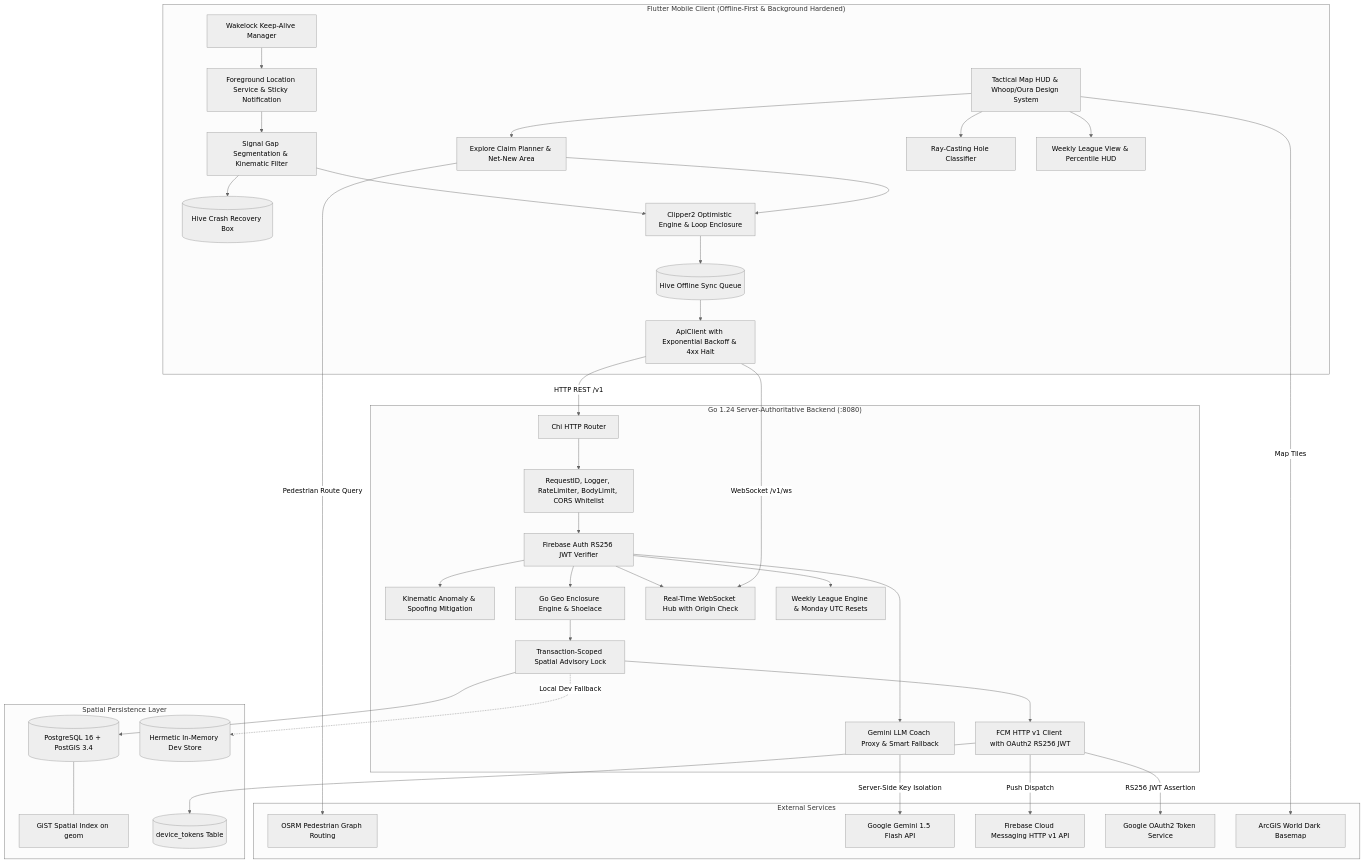
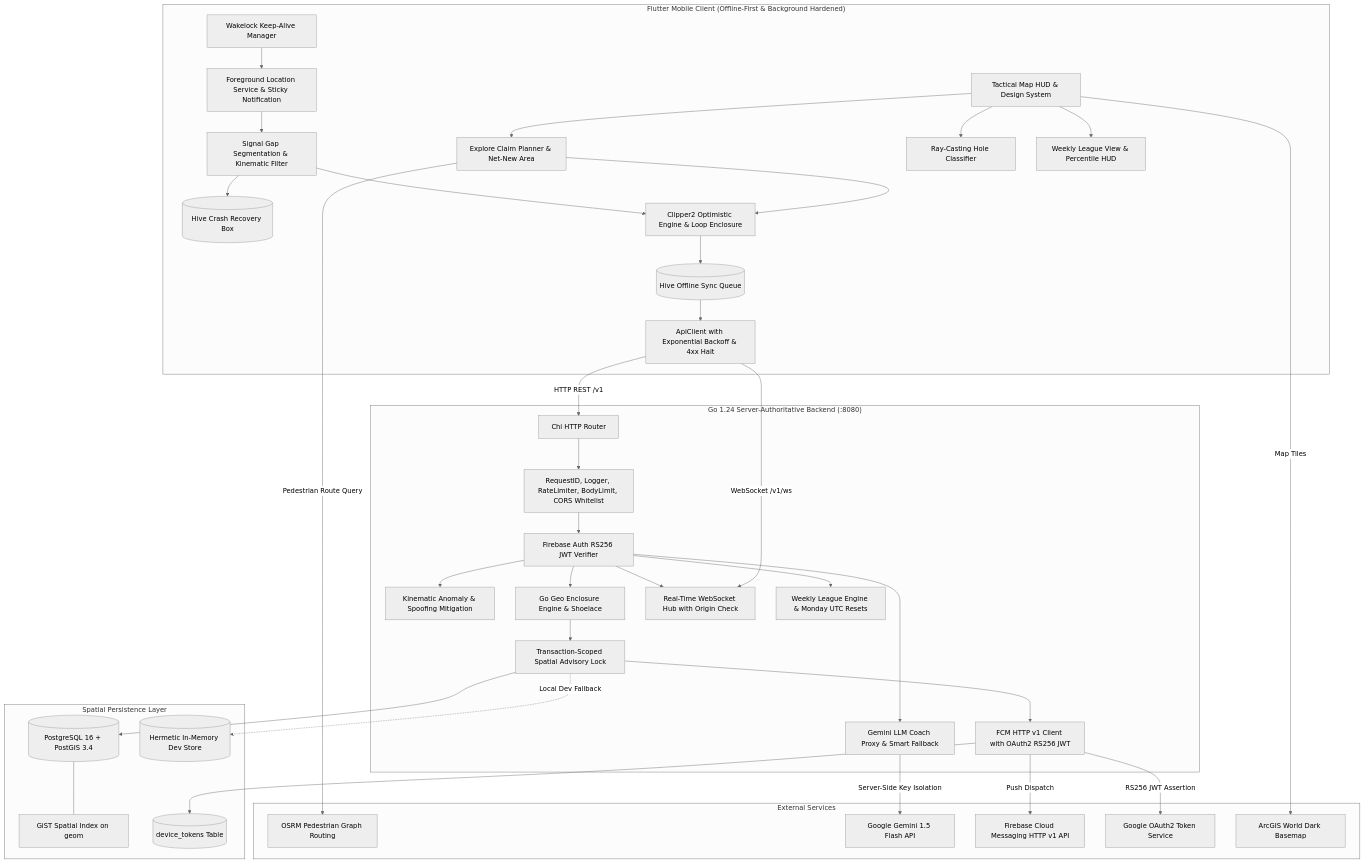
One commit to Ayush-00-hui/Territory-Runner-Game changed the first of 3 diagrams in README.md. Above: the diagram before and after it, drawn with Mermaid (neutral theme). The commit also changed other lines of this file, not shown here.

Commit message:
docs: overhaul README with comprehensive architecture, mechanics, and design system

````diff
--- a/README.md
+++ b/README.md
@@ -128,78 +125,78 @@
 ```mermaid
 graph TD
     subgraph Client ["Flutter Mobile Client (Offline-First & Background Hardened)"]
-        UI[Tactical Map HUD & Whoop/Oura Design System]
+        UI[Tactical Map HUD & Design System]
         ForegroundService[Foreground Location Service & Sticky Notification]
         WakeLockMgr[Wakelock Keep-Alive Manager]
         CrashBox[(Hive Crash Recovery Box)]
         SignalFilter[Signal Gap Segmentation & Kinematic Filter]
         ClaimPlanner[Explore Claim Planner & Net-New Area]
         LocalEngine[Clipper2 Optimistic Engine & Loop Enclosure]
         HiveQueue[(Hive Offline Sync Queue)]
         ApiClient[ApiClient with Exponential Backoff & 4xx Halt]
         HoleClassifier[Ray-Casting Hole Classifier]
         LeagueView[Weekly League View & Percentile HUD]
         
         ForegroundService --> SignalFilter
         WakeLockMgr --> ForegroundService
         SignalFilter --> CrashBox
         SignalFilter --> LocalEngine
         UI --> ClaimPlanner
         ClaimPlanner --> LocalEngine
         LocalEngine --> HiveQueue
         HiveQueue --> ApiClient
         UI --> HoleClassifier
         UI --> LeagueView
     end
 
     subgraph Backend ["Go 1.24 Server-Authoritative Backend (:8080)"]
         ChiRouter[Chi HTTP Router]
         MiddlewareStack[RequestID, Logger, RateLimiter, BodyLimit, CORS Whitelist]
         AuthVerifier[Firebase Auth RS256 JWT Verifier]
         AntiCheat[Kinematic Anomaly & Spoofing Mitigation]
         GoGeoEngine[Go Geo Enclosure Engine & Shoelace]
         AdvisoryLock[Transaction-Scoped Spatial Advisory Lock]
         WSHub[Real-Time WebSocket Hub with Origin Check]
         CoachProxy[Gemini LLM Coach Proxy & Smart Fallback]
         LeagueEngine[Weekly League Engine & Monday UTC Resets]
         FCMSender[FCM HTTP v1 Client with OAuth2 RS256 JWT]
 
         ChiRouter --> MiddlewareStack
         MiddlewareStack --> AuthVerifier
         AuthVerifier --> AntiCheat
         AuthVerifier --> GoGeoEngine
         AuthVerifier --> WSHub
         AuthVerifier --> CoachProxy
         AuthVerifier --> LeagueEngine
         GoGeoEngine --> AdvisoryLock
         AdvisoryLock --> FCMSender
     end
 
     subgraph Persistence ["Spatial Persistence Layer"]
         PostGIS[(PostgreSQL 16 + PostGIS 3.4)]
         GiSTIndex[GiST Spatial Index on geom]
         DeviceTokens[(device_tokens Table)]
         MemStore[(Hermetic In-Memory Dev Store)]
         
         AdvisoryLock --> PostGIS
         PostGIS --- GiSTIndex
         FCMSender --> DeviceTokens
         AdvisoryLock -.->|Local Dev Fallback| MemStore
     end
 
     subgraph External ["External Services"]
         OSRM[OSRM Pedestrian Graph Routing]
         Gemini[Google Gemini 1.5 Flash API]
         FCMService[Firebase Cloud Messaging HTTP v1 API]
         GoogleOAuth[Google OAuth2 Token Service]
         TileServer[ArcGIS World Dark Basemap]
     end
 
     ApiClient -->|HTTP REST /v1| ChiRouter
     ApiClient -->|WebSocket /v1/ws| WSHub
     FCMSender -->|RS256 JWT Assertion| GoogleOAuth
     FCMSender -->|Push Dispatch| FCMService
     ClaimPlanner -->|Pedestrian Route Query| OSRM
     CoachProxy -->|Server-Side Key Isolation| Gemini
     UI -->|Map Tiles| TileServer
 ```
````
